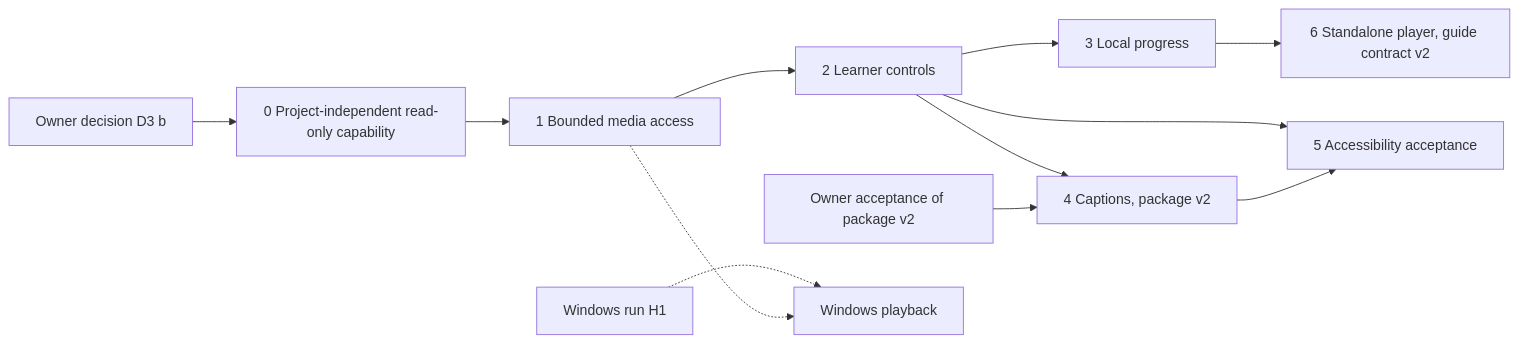
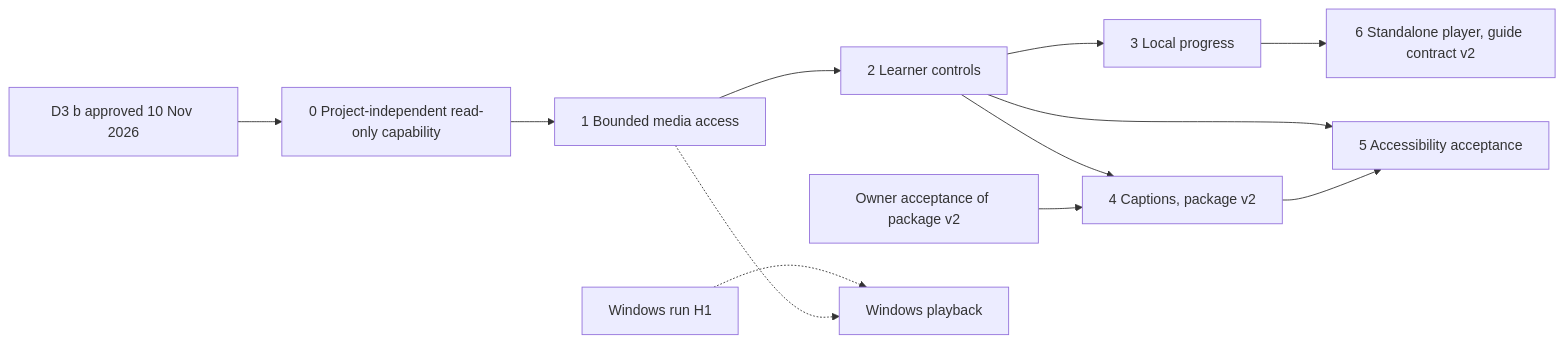
One commit to kannibalk1w1/lms-openscreen-capture changed the diagram in lesson-capture/OFFLINE_LEARNER_PLAYER_PLAN_2026-11-10.md. Above: the diagram before and after it, drawn with Mermaid. The commit also changed other lines of this file and 3 other files, not shown here.

````diff
--- a/lesson-capture/OFFLINE_LEARNER_PLAYER_PLAN_2026-11-10.md
+++ b/lesson-capture/OFFLINE_LEARNER_PLAYER_PLAN_2026-11-10.md
@@ -175,14 +219,14 @@
 ```mermaid
 flowchart LR
-  D3[Owner decision D3 b] --> S0[0 Project-independent read-only capability]
+  D3[D3 b approved 10 Nov 2026] --> S0[0 Project-independent read-only capability]
   S0 --> S1[1 Bounded media access]
   S1 --> S2[2 Learner controls]
   S2 --> S3[3 Local progress]
   S2 --> S4[4 Captions, package v2]
   V2[Owner acceptance of package v2] --> S4
   S2 --> S5[5 Accessibility acceptance]
   S4 --> S5
   S3 --> S6[6 Standalone player, guide contract v2]
   H1[Windows run H1] -.-> W[Windows playback]
   S1 -.-> W
 ```
````
